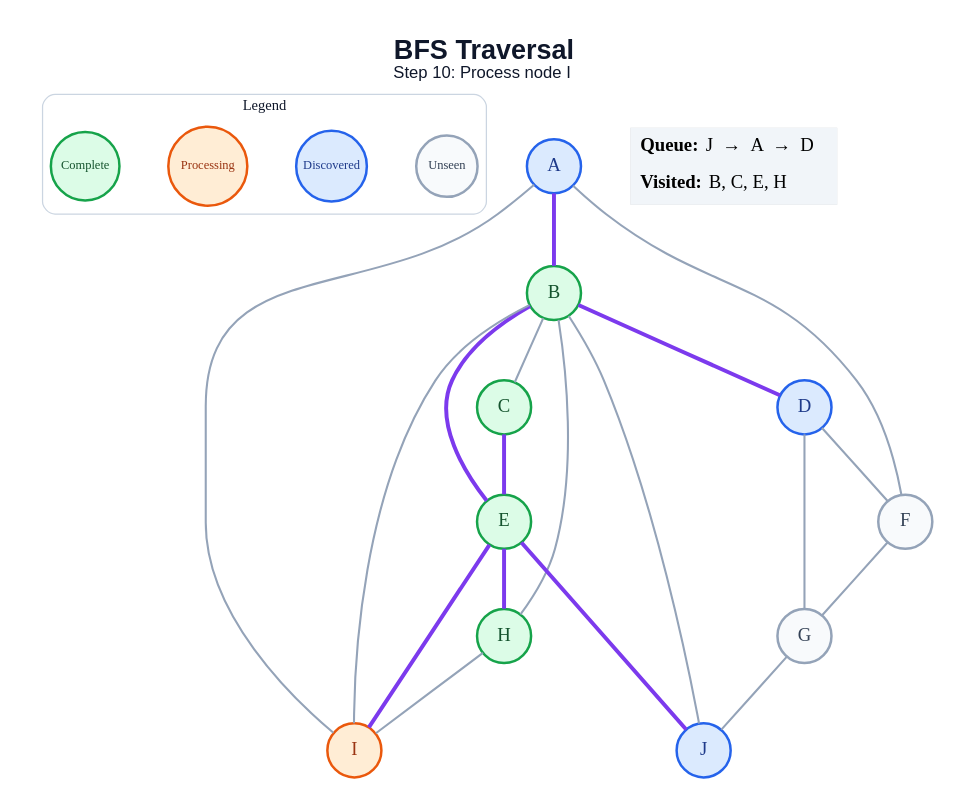
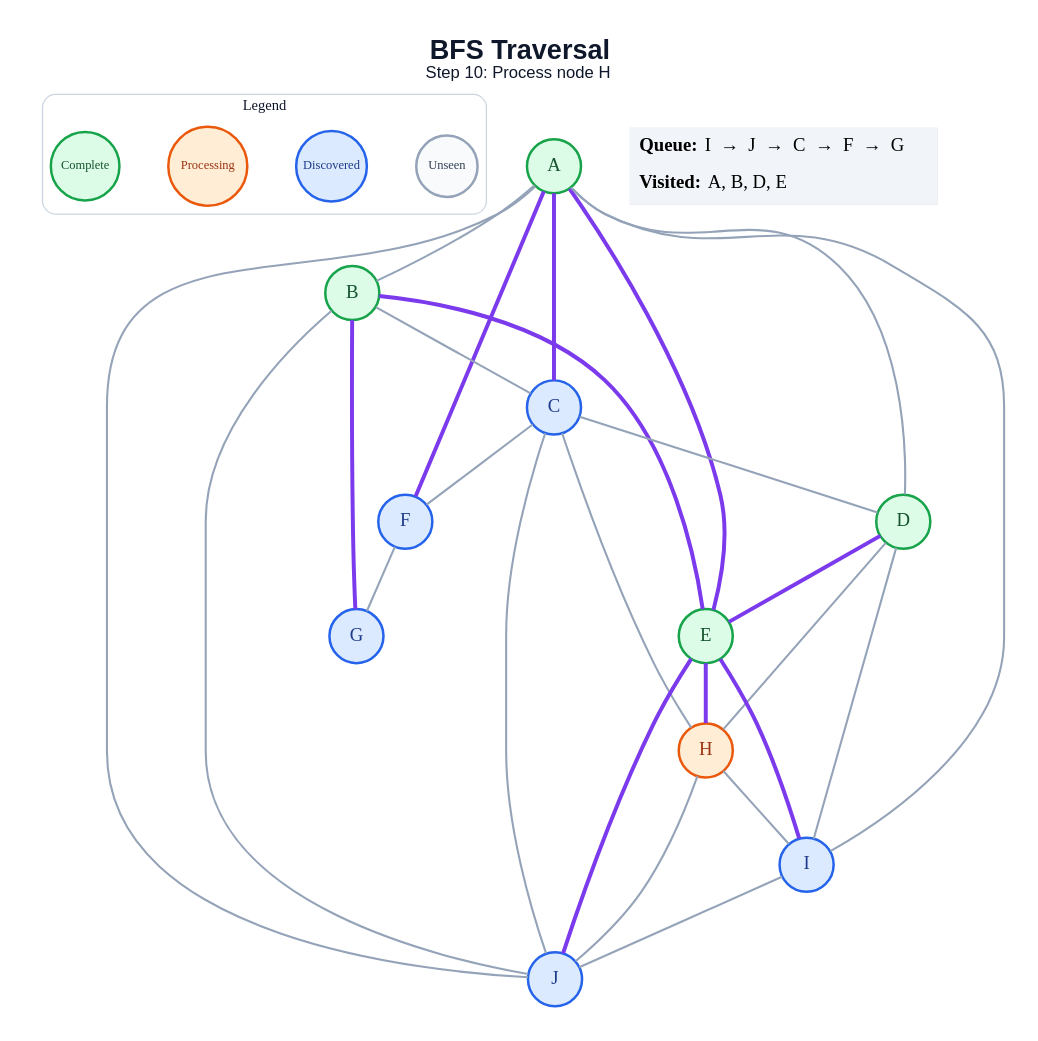
Before and after one commit to amanghodawala9/ai-slop: the diagram in generated/specific-node/bfs/step_10.dot, drawn with Graphviz. The commit also changed 178 other files, not shown here.

```diff
--- a/generated/specific-node/bfs/step_10.dot
+++ b/generated/specific-node/bfs/step_10.dot
@@ -1,47 +1,54 @@
 graph traversal {
   graph [layout=dot, rankdir=TB, bgcolor="#FFFFFF", pad="0.35", nodesep="0.65", ranksep="0.8", fontname="Arial"];
   node [shape=circle, style="filled", fontname="Arial Bold", fontsize=18, width=0.72, fixedsize=true, penwidth=2.4];
   edge [color="#94A3B8", penwidth=2.0];
-  label=<<B>BFS Traversal</B><BR/><FONT POINT-SIZE="16">Step 10: Process node I</FONT>>; labelloc="t"; fontsize=26; fontname="Arial"; fontcolor="#0F172A";
+  label=<<B>BFS Traversal</B><BR/><FONT POINT-SIZE="16">Step 10: Process node H</FONT>>; labelloc="t"; fontsize=26; fontname="Arial"; fontcolor="#0F172A";
   subgraph cluster_legend { label="Legend"; color="#CBD5E1"; penwidth=1.2; style="rounded"; fontsize=14; fontname="Arial Bold";
     key_unseen [label="Unseen", fillcolor="#F8FAFC", color="#94A3B8", fontcolor="#334155", fontsize=12, width=0.82];
     key_frontier [label="Discovered", fillcolor="#DBEAFE", color="#2563EB", fontcolor="#1E3A8A", fontsize=12, width=0.95];
     key_current [label="Processing", fillcolor="#FFEDD5", color="#EA580C", fontcolor="#9A3412", fontsize=12, width=1.05];
     key_done [label="Complete", fillcolor="#DCFCE7", color="#16A34A", fontcolor="#14532D", fontsize=12, width=0.92];
     { rank=same; key_unseen; key_frontier; key_current; key_done; }
   }
-  A [fillcolor="#DBEAFE", color="#2563EB", fontcolor="#1E3A8A"];
+  A [fillcolor="#DCFCE7", color="#16A34A", fontcolor="#14532D"];
   B [fillcolor="#DCFCE7", color="#16A34A", fontcolor="#14532D"];
-  C [fillcolor="#DCFCE7", color="#16A34A", fontcolor="#14532D"];
-  D [fillcolor="#DBEAFE", color="#2563EB", fontcolor="#1E3A8A"];
+  C [fillcolor="#DBEAFE", color="#2563EB", fontcolor="#1E3A8A"];
+  D [fillcolor="#DCFCE7", color="#16A34A", fontcolor="#14532D"];
   E [fillcolor="#DCFCE7", color="#16A34A", fontcolor="#14532D"];
-  F [fillcolor="#F8FAFC", color="#94A3B8", fontcolor="#334155"];
-  G [fillcolor="#F8FAFC", color="#94A3B8", fontcolor="#334155"];
-  H [fillcolor="#DCFCE7", color="#16A34A", fontcolor="#14532D"];
-  I [fillcolor="#FFEDD5", color="#EA580C", fontcolor="#9A3412"];
+  F [fillcolor="#DBEAFE", color="#2563EB", fontcolor="#1E3A8A"];
+  G [fillcolor="#DBEAFE", color="#2563EB", fontcolor="#1E3A8A"];
+  H [fillcolor="#FFEDD5", color="#EA580C", fontcolor="#9A3412"];
+  I [fillcolor="#DBEAFE", color="#2563EB", fontcolor="#1E3A8A"];
   J [fillcolor="#DBEAFE", color="#2563EB", fontcolor="#1E3A8A"];
-  A -- B [color="#7C3AED", penwidth=3.8];
-  A -- F;
+  A -- B;
+  A -- C [color="#7C3AED", penwidth=3.8];
+  A -- D;
+  A -- E [color="#7C3AED", penwidth=3.8];
+  A -- F [color="#7C3AED", penwidth=3.8];
   A -- I;
+  A -- J;
   B -- C;
-  B -- D [color="#7C3AED", penwidth=3.8];
   B -- E [color="#7C3AED", penwidth=3.8];
-  B -- H;
-  B -- I;
+  B -- G [color="#7C3AED", penwidth=3.8];
   B -- J;
-  C -- E [color="#7C3AED", penwidth=3.8];
-  D -- F;
-  D -- G;
+  C -- D;
+  C -- F;
+  C -- H;
+  C -- J;
+  D -- E [color="#7C3AED", penwidth=3.8];
+  D -- H;
+  D -- I;
   E -- H [color="#7C3AED", penwidth=3.8];
   E -- I [color="#7C3AED", penwidth=3.8];
   E -- J [color="#7C3AED", penwidth=3.8];
   F -- G;
-  G -- J;
   H -- I;
+  H -- J;
+  I -- J;
   status [shape=plain, fixedsize=false, width=0, height=0, margin=0, label=<
     <TABLE BORDER="0" CELLBORDER="0" CELLPADDING="7" BGCOLOR="#F1F5F9">
-      <TR><TD ALIGN="LEFT"><B>Queue:</B> J  →  A  →  D</TD></TR>
-      <TR><TD ALIGN="LEFT"><B>Visited:</B> B, C, E, H</TD></TR>
+      <TR><TD ALIGN="LEFT"><B>Queue:</B> I  →  J  →  C  →  F  →  G</TD></TR>
+      <TR><TD ALIGN="LEFT"><B>Visited:</B> A, B, D, E</TD></TR>
     </TABLE>
   >];
 }
```
